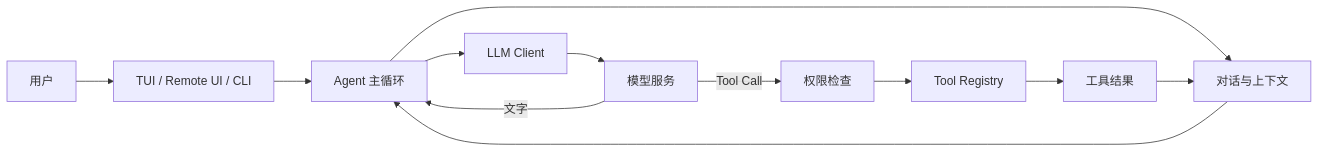
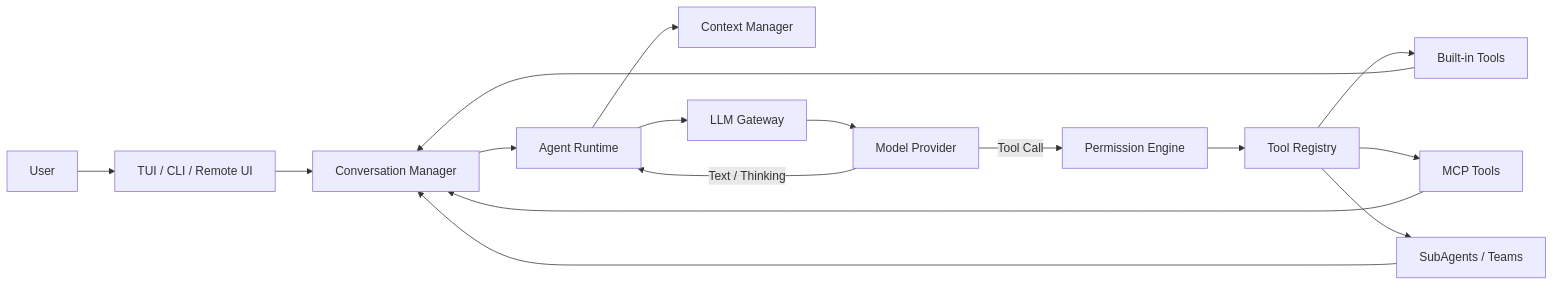
One commit to qcllhys/EvaCode changed the diagram in README.md. Above: the diagram before and after it, drawn with Mermaid. The commit also changed other lines of this file and 34 other files, not shown here.

````diff
--- a/README.md
+++ b/README.md
@@ -57,14 +41,18 @@
 ```mermaid
 flowchart LR
-  User[用户] --> UI[TUI / Remote UI / CLI]
-  UI --> Agent[Agent 主循环]
-  Agent --> Context[对话与上下文]
-  Agent --> Client[LLM Client]
-  Client --> Model[模型服务]
-  Model -->|文字| Agent
-  Model -->|Tool Call| Permission[权限检查]
-  Permission --> Registry[Tool Registry]
-  Registry --> Result[工具结果]
-  Result --> Context
-  Context --> Agent
+    User[User] --> Interface[TUI / CLI / Remote UI]
+    Interface --> Conversation[Conversation Manager]
+    Conversation --> Agent[Agent Runtime]
+    Agent --> Context[Context Manager]
+    Agent --> Gateway[LLM Gateway]
+    Gateway --> Provider[Model Provider]
+    Provider -->|Text / Thinking| Agent
+    Provider -->|Tool Call| Permission[Permission Engine]
+    Permission --> Registry[Tool Registry]
+    Registry --> Builtin[Built-in Tools]
+    Registry --> MCP[MCP Tools]
+    Registry --> Agents[SubAgents / Teams]
+    Builtin --> Conversation
+    MCP --> Conversation
+    Agents --> Conversation
 ```
````
